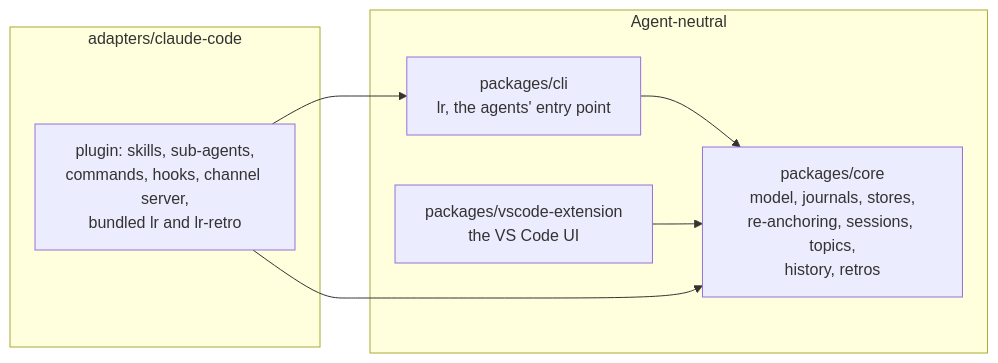
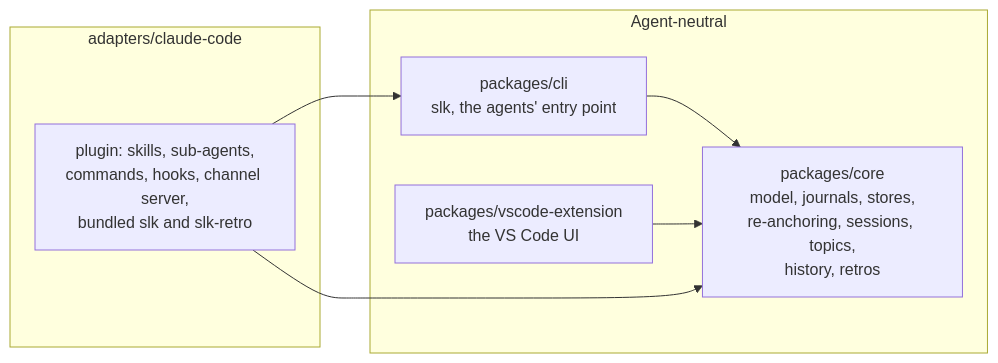
Before and after one commit to silykat/silykat: the first of 3 diagrams in docs/architecture.md, drawn with Mermaid. The commit also changed other lines of this file and 170 other files, not shown here.

````diff
--- a/docs/architecture.md
+++ b/docs/architecture.md
@@ -9,15 +9,15 @@
 ```mermaid
 flowchart LR
   subgraph neutral["Agent-neutral"]
     core["packages/core<br/>model, journals, stores,<br/>re-anchoring, sessions, topics,<br/>history, retros"]
-    cli["packages/cli<br/>lr, the agents' entry point"]
+    cli["packages/cli<br/>slk, the agents' entry point"]
     ext["packages/vscode-extension<br/>the VS Code UI"]
   end
   subgraph claude["adapters/claude-code"]
-    plugin["plugin: skills, sub-agents,<br/>commands, hooks, channel server,<br/>bundled lr and lr-retro"]
+    plugin["plugin: skills, sub-agents,<br/>commands, hooks, channel server,<br/>bundled slk and slk-retro"]
   end
   cli --> core
   ext --> core
   plugin --> core
   plugin --> cli
 ```
````
